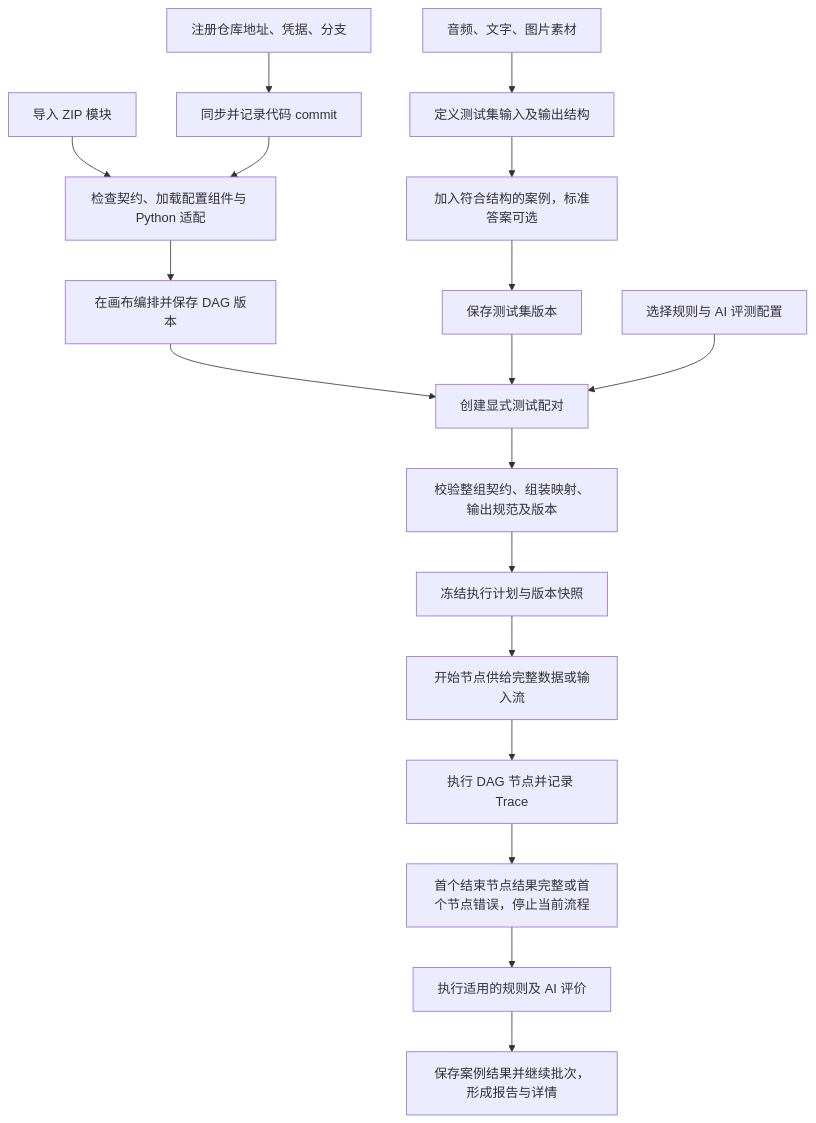
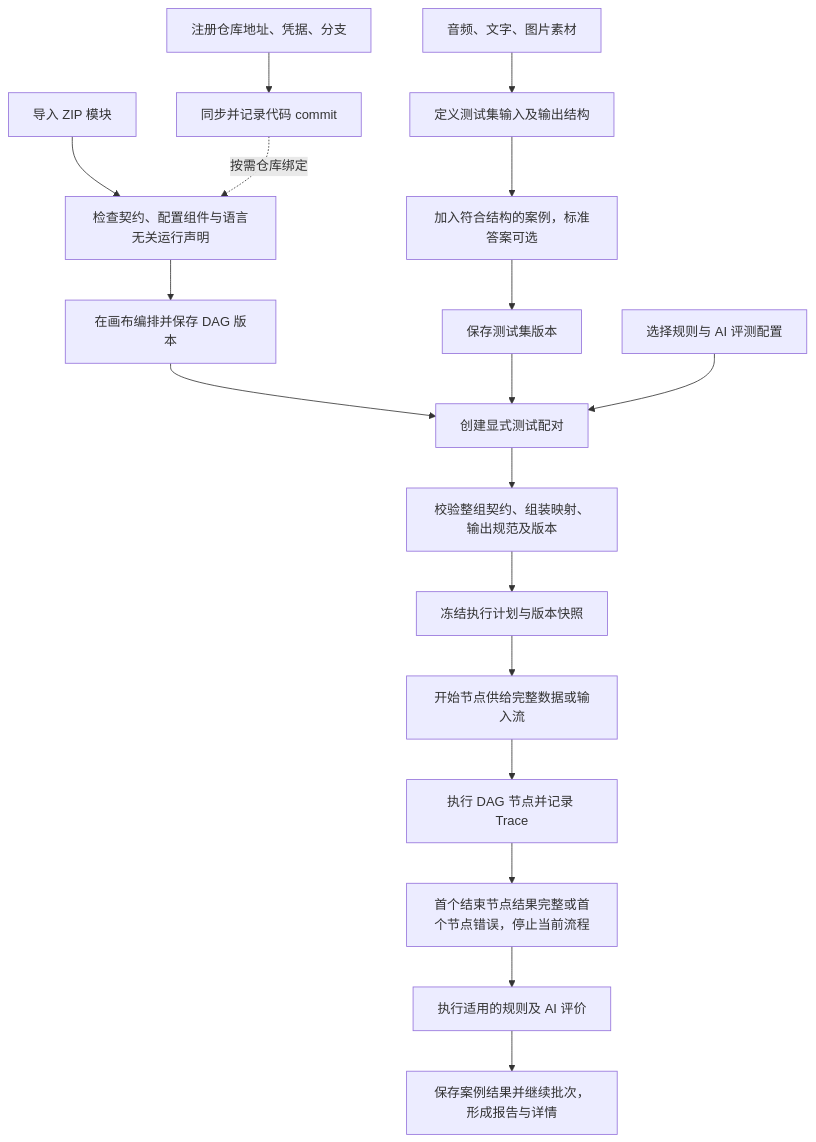
One commit to Minecodex/TestFlow changed the diagram in docs/voice-test-platform/README.md. Above: the diagram before and after it, drawn with Mermaid. The commit also changed other lines of this file and 121 other files, not shown here.

````diff
--- a/docs/voice-test-platform/README.md
+++ b/docs/voice-test-platform/README.md
@@ -46,20 +52,20 @@
 ```mermaid
 flowchart TD
     R["注册仓库地址、凭据、分支"] --> RV["同步并记录代码 commit"]
-    Z["导入 ZIP 模块"] --> M["检查契约、加载配置组件与 Python 适配"]
-    RV --> M
+    Z["导入 ZIP 模块"] --> M["检查契约、配置组件与语言无关运行声明"]
+    RV -. 按需仓库绑定 .-> M
     M --> F["在画布编排并保存 DAG 版本"]
     A["音频、文字、图片素材"] --> D["定义测试集输入及输出结构"]
     D --> C["加入符合结构的案例，标准答案可选"]
     C --> DV["保存测试集版本"]
     F --> T["创建显式测试配对"]
     DV --> T
     E["选择规则与 AI 评测配置"] --> T
     T --> V["校验整组契约、组装映射、输出规范及版本"]
     V --> S["冻结执行计划与版本快照"]
     S --> X["开始节点供给完整数据或输入流"]
     X --> N["执行 DAG 节点并记录 Trace"]
     N --> O["首个结束节点结果完整或首个节点错误，停止当前流程"]
     O --> J["执行适用的规则及 AI 评价"]
     J --> H["保存案例结果并继续批次，形成报告与详情"]
 ```
````
